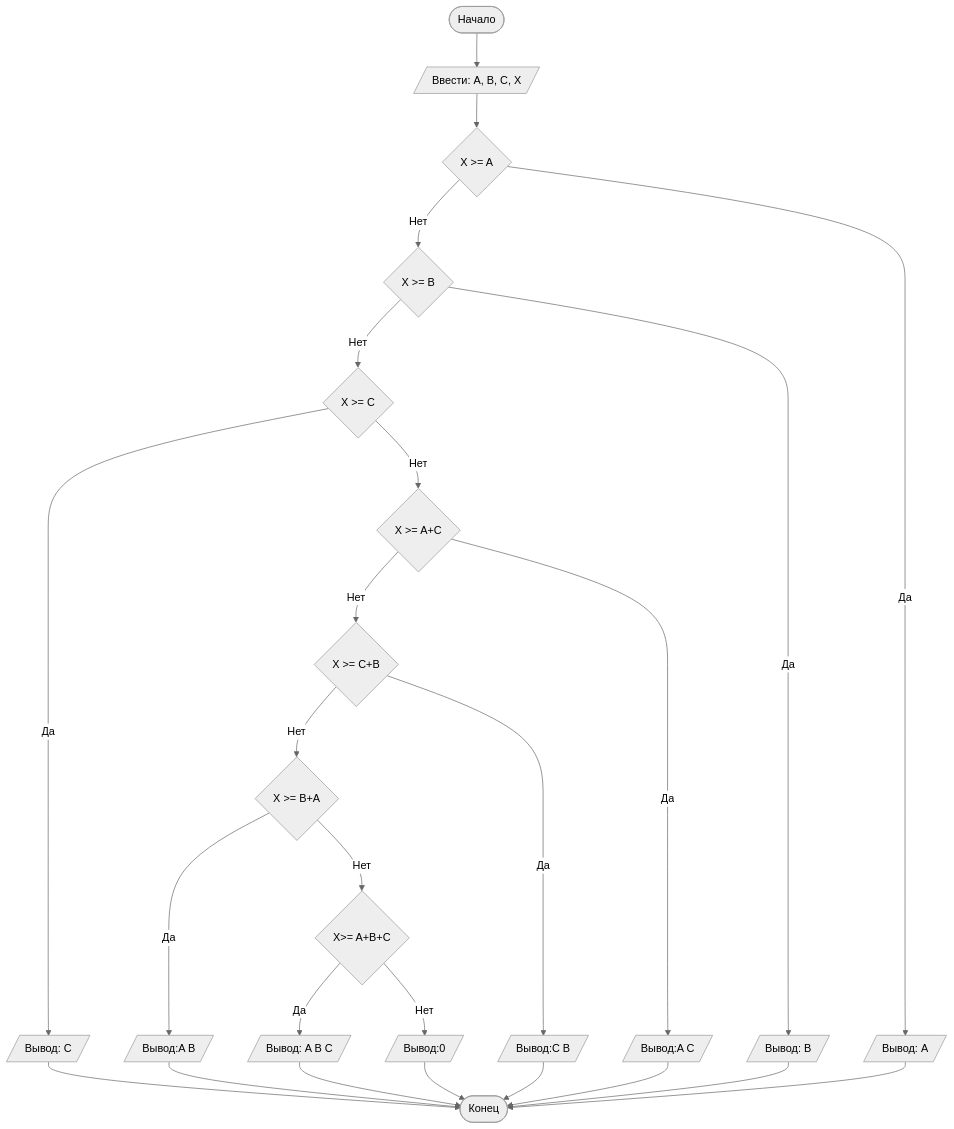
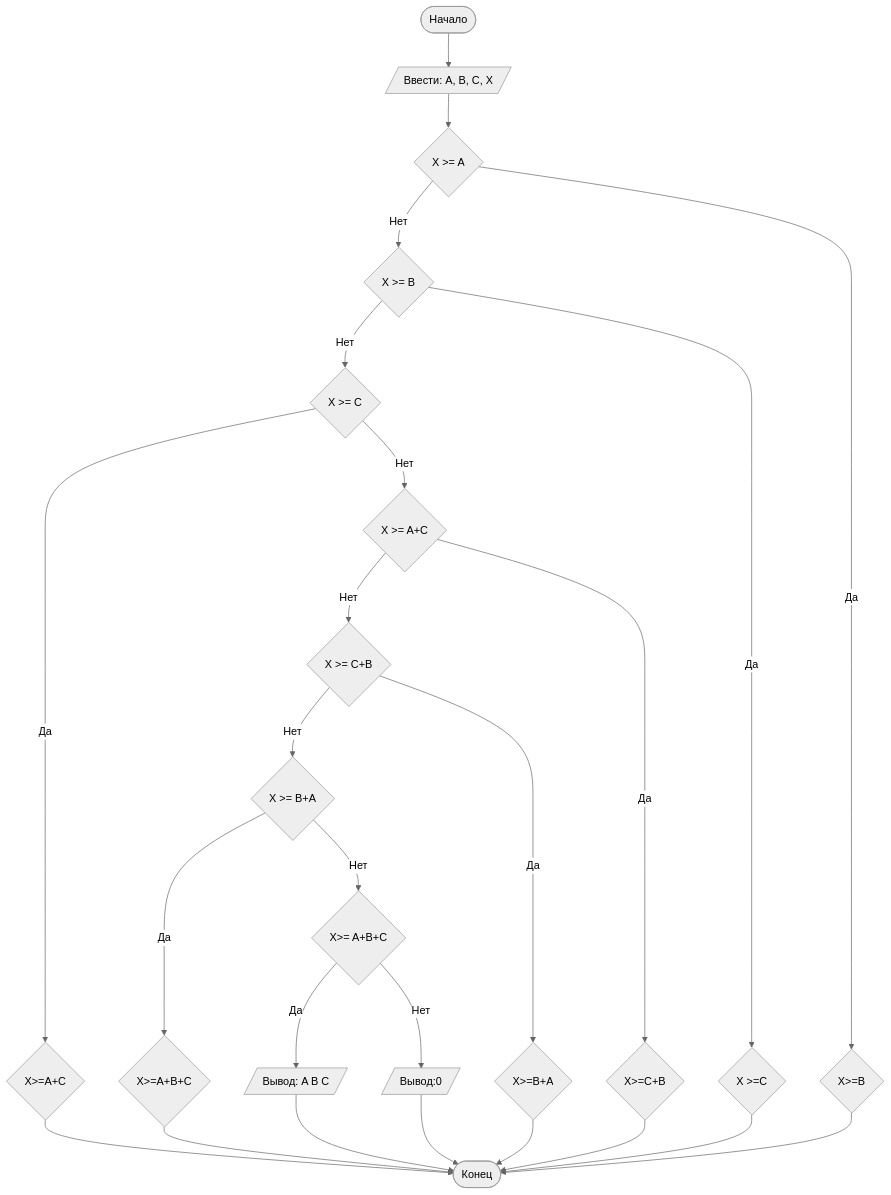
The diagram in README.md (nr41354-lang/Lab1), drawn with Mermaid (neutral theme) before and after one commit. The commit also changed other lines of this file, not shown here.

````diff
--- a/README.md
+++ b/README.md
@@ -95,28 +95,28 @@
 ```mermaid
 graph TD
     A([Начало]) --> B[/Ввести: A, B, C, X/]
     B --> C{X >= A}
     C -- Нет --> D{X >= B}
     D -- Нет --> E{X >= C}
-    D -- Да --> H[/Вывод: B/]
-    C -- Да --> I[/Вывод: A/]
-E--Да--> J[/Вывод: С/]
+    D -- Да --> H{X >=C}
+    C -- Да --> I{X>=B}
+E--Да--> J{X>=A+C}
     E -- Нет --> T{X >= A+C}
 T--Нет--> K{X >= C+B}
 K--Нет--> L{X >= B+A}
-T--Да--> M[/Вывод:A C/]
-K--Да--> N[/Вывод:C B/]
-L--Да--> O[/Вывод:A B/]
+T--Да--> M{X>=C+B}
+K--Да--> N{X>=B+A}
+L--Да--> O{X>=A+B+C}
 L--Нет--> P{X>= A+B+C}
 P--Да--> Q[/Вывод: A B C/]
 P--Нет--> R[/Вывод:0/]
 M-->Z
 N-->Z
 O-->Z
 J-->Z
 I-->Z
   H-->Z
     R --> Z
     Q --> Z([Конец])
 
 ```
````
